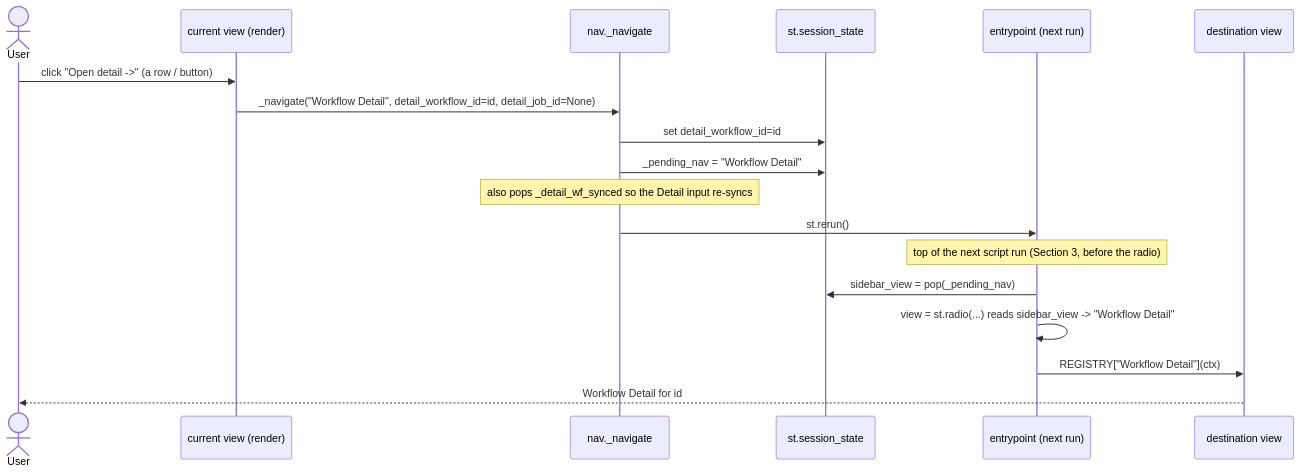
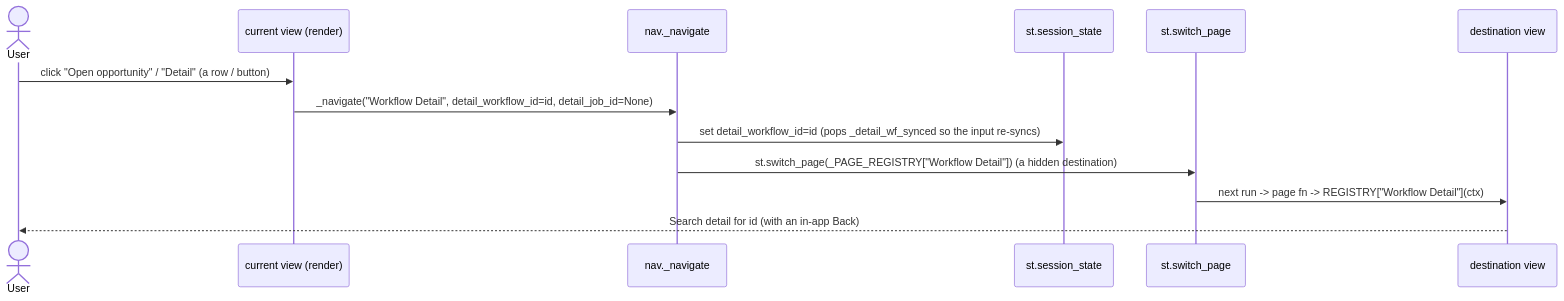
One commit to suthrams/jobsearchagent-v2 changed the third of 8 diagrams in docs/architecture/ui_architecture.md. Above: the diagram before and after it, drawn with Mermaid. The commit also changed other lines of this file and 10 other files, not shown here.

````diff
--- a/docs/architecture/ui_architecture.md
+++ b/docs/architecture/ui_architecture.md
@@ -170,21 +193,16 @@
 ```mermaid
 sequenceDiagram
     actor U as User
     participant V as current view (render)
     participant N as nav._navigate
     participant SS as st.session_state
-    participant E as entrypoint (next run)
+    participant SW as st.switch_page
     participant V2 as destination view
 
-    U->>V: click "Open detail ->" (a row / button)
+    U->>V: click "Open opportunity" / "Detail" (a row / button)
     V->>N: _navigate("Workflow Detail", detail_workflow_id=id, detail_job_id=None)
-    N->>SS: set detail_workflow_id=id
-    N->>SS: _pending_nav = "Workflow Detail"
-    Note over N: also pops _detail_wf_synced so the Detail input re-syncs
-    N->>E: st.rerun()
-    Note over E: top of the next script run (Section 3, before the radio)
-    E->>SS: sidebar_view = pop(_pending_nav)
-    E->>E: view = st.radio(...) reads sidebar_view -> "Workflow Detail"
-    E->>V2: REGISTRY["Workflow Detail"](ctx)
-    V2-->>U: Workflow Detail for id
+    N->>SS: set detail_workflow_id=id (pops _detail_wf_synced so the input re-syncs)
+    N->>SW: st.switch_page(_PAGE_REGISTRY["Workflow Detail"])  (a hidden destination)
+    SW->>V2: next run -> page fn -> REGISTRY["Workflow Detail"](ctx)
+    V2-->>U: Search detail for id (with an in-app Back)
 ```
````
